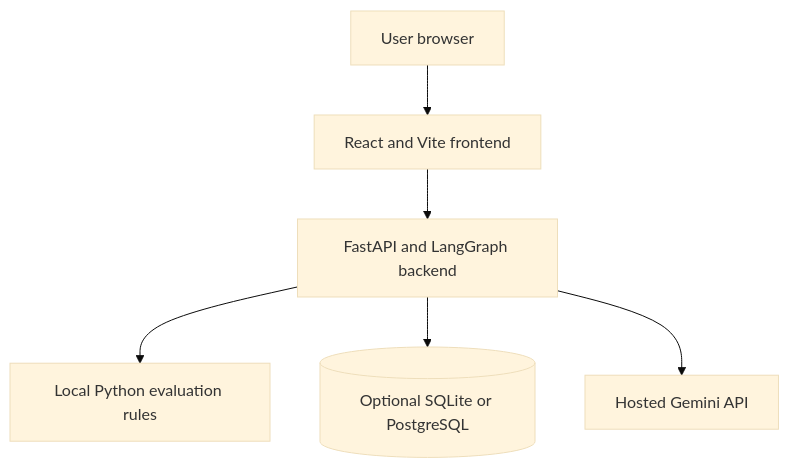
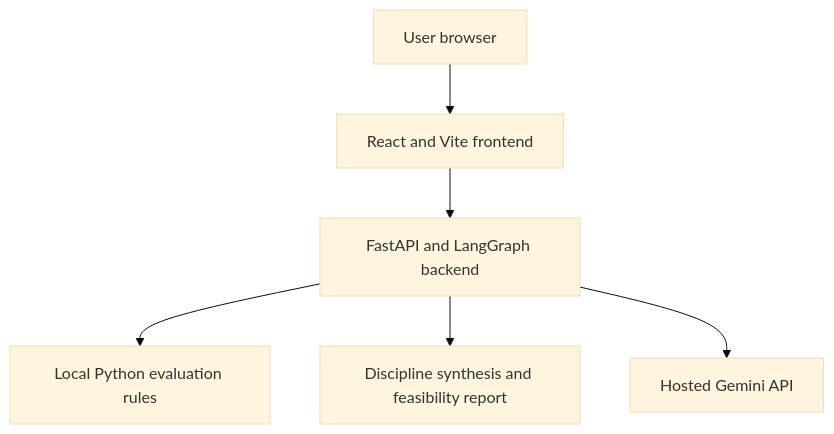
One commit to hardikkanfade/Multi-Agent-Framework-for-Requirements-to-System-Design changed the eighth of 11 diagrams in docs/PROJECT_TECHNICAL_EXPLANATION.md. Above: the diagram before and after it, drawn with Mermaid (base theme). The commit also changed other lines of this file and 7 other files, not shown here.

````diff
--- a/docs/PROJECT_TECHNICAL_EXPLANATION.md
+++ b/docs/PROJECT_TECHNICAL_EXPLANATION.md
@@ -985,14 +1011,14 @@
 ```mermaid
 flowchart TB
 	BROWSER[User browser]
 	FRONTEND[React and Vite frontend]
 	BACKEND[FastAPI and LangGraph backend]
 	RULES[Local Python evaluation rules]
-	DB[(Optional SQLite or PostgreSQL)]
+	MAMDO[Discipline synthesis and feasibility report]
 	GEMINI[Hosted Gemini API]
 	BROWSER --> FRONTEND
 	FRONTEND --> BACKEND
 	BACKEND --> RULES
-	BACKEND --> DB
+	BACKEND --> MAMDO
 	BACKEND --> GEMINI
 ```
````
